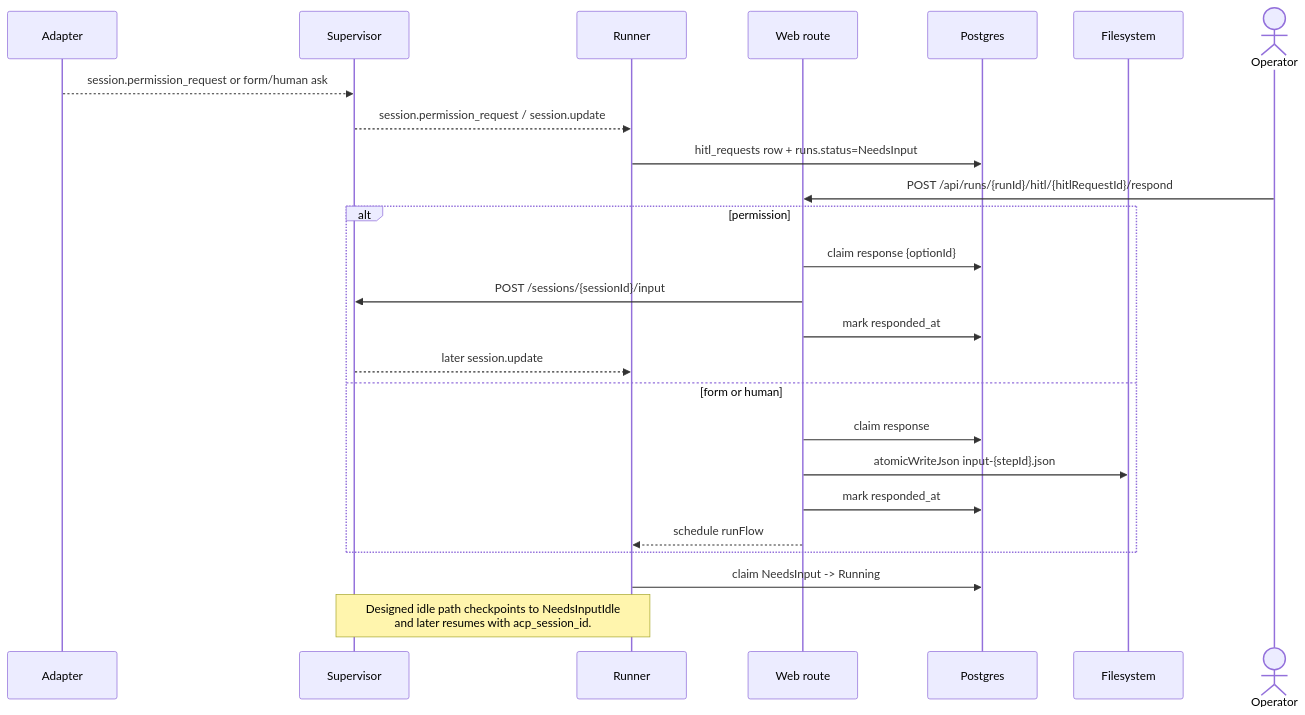
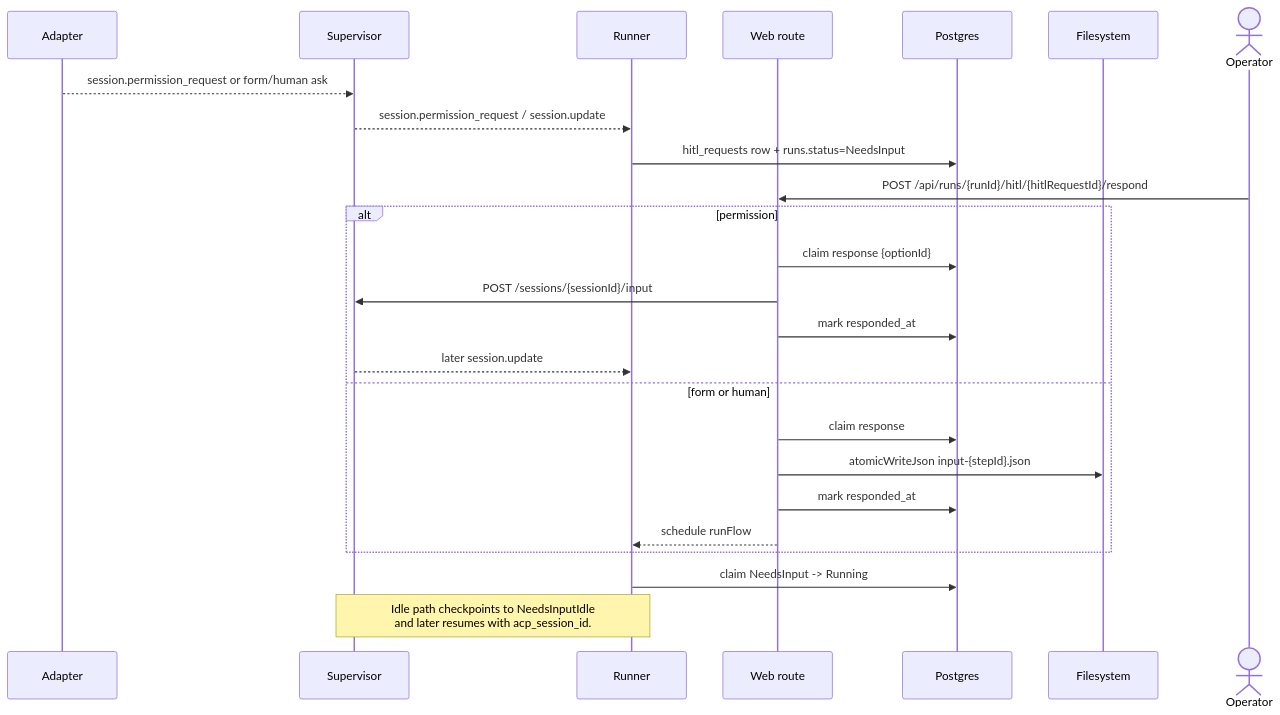
One commit to maister-dev/maister changed the third of 4 diagrams in docs/system-analytics/runs.md. Above: the diagram before and after it, drawn with Mermaid. The commit also changed other lines of this file and 124 other files, not shown here.

````diff
--- a/docs/system-analytics/runs.md
+++ b/docs/system-analytics/runs.md
@@ -176,28 +176,28 @@
 ```mermaid
 sequenceDiagram
     participant A as Adapter
     participant SV as Supervisor
     participant R as Runner
     participant W as Web route
     participant DB as Postgres
     participant FS as Filesystem
     actor U as Operator
 
     A-->>SV: session.permission_request or form/human ask
     SV-->>R: session.permission_request / session.update
     R->>DB: hitl_requests row + runs.status=NeedsInput
     U->>W: POST /api/runs/{runId}/hitl/{hitlRequestId}/respond
     alt permission
         W->>DB: claim response {optionId}
         W->>SV: POST /sessions/{sessionId}/input
         W->>DB: mark responded_at
         SV-->>R: later session.update
     else form or human
         W->>DB: claim response
         W->>FS: atomicWriteJson input-{stepId}.json
         W->>DB: mark responded_at
         W-->>R: schedule runFlow
     end
     R->>DB: claim NeedsInput -> Running
-    Note over R,SV: Designed idle path checkpoints to NeedsInputIdle<br/>and later resumes with acp_session_id.
+    Note over R,SV: Idle path checkpoints to NeedsInputIdle<br/>and later resumes with acp_session_id.
 ```
````
